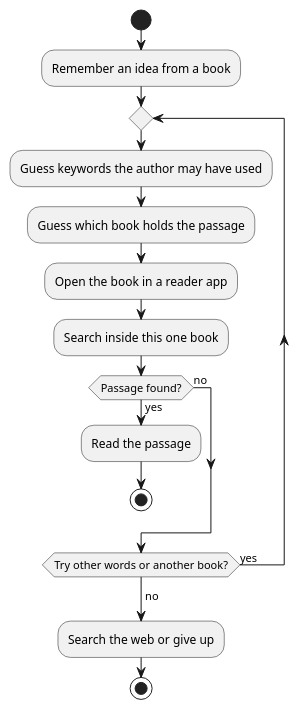
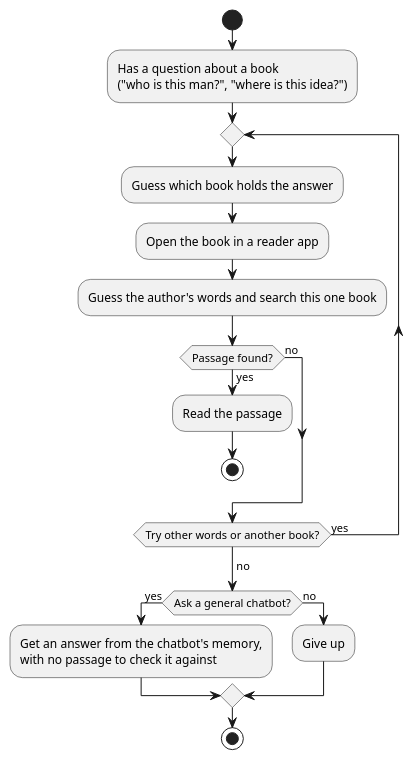
One commit to eugene-chekan/libra changed the diagram in docs/ba/diagrams/as-is.puml. Above: the diagram before and after it, drawn with PlantUML. The commit also changed 2 other files, not shown here.

```diff
--- a/docs/ba/diagrams/as-is.puml
+++ b/docs/ba/diagrams/as-is.puml
@@ -1,24 +1,30 @@
 @startuml as-is
 ' AS-IS process as a UML activity diagram (the requirements accept BPMN or
-' UML activity). Save the render as as-is.png here.
+' UML activity): a reader looks for the answer to a question about a book.
+' Save the render as as-is.png here.
 skinparam shadowing false
 skinparam defaultFontName Arial
 
 |Reader|
 start
-:Remember an idea from a book;
+:Has a question about a book
+("who is this man?", "where is this idea?");
 repeat
-  :Guess keywords the author may have used;
-  :Guess which book holds the passage;
+  :Guess which book holds the answer;
   :Open the book in a reader app;
-  :Search inside this one book;
+  :Guess the author's words and search this one book;
   if (Passage found?) then (yes)
     :Read the passage;
     stop
   else (no)
   endif
 repeat while (Try other words or another book?) is (yes)
 ->no;
-:Search the web or give up;
+if (Ask a general chatbot?) then (yes)
+  :Get an answer from the chatbot's memory,
+  with no passage to check it against;
+else (no)
+  :Give up;
+endif
 stop
 @enduml
```
